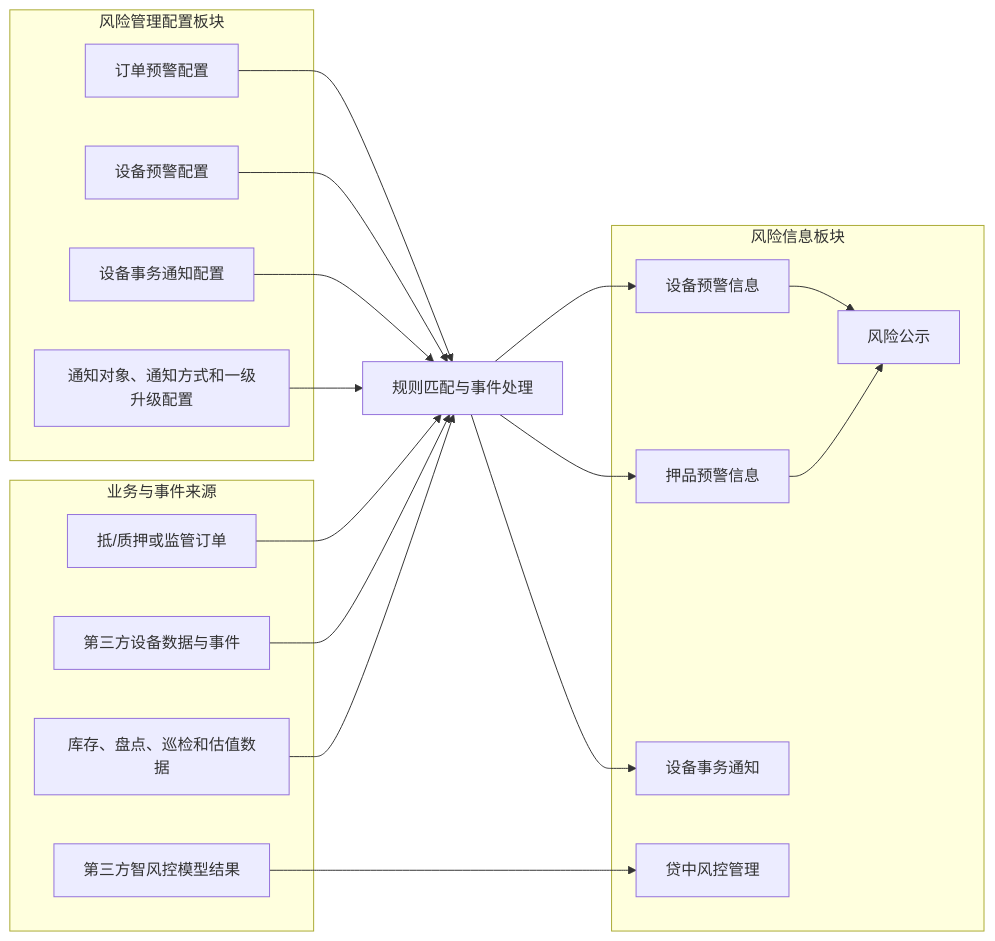
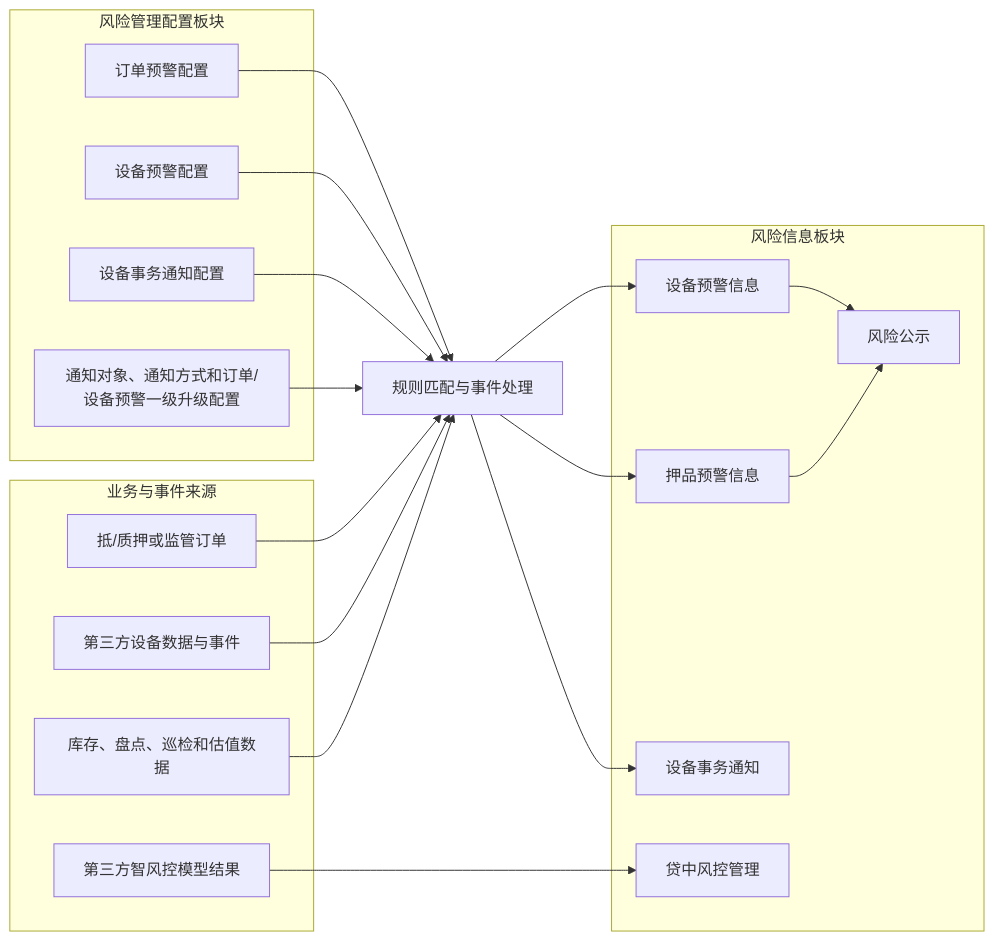
Before and after one commit to RobertHuang999/SYZC: diagram 17 of 22 in 01-项目背景/06-核心业务场景和流程.md, drawn with Mermaid. The commit also changed other lines of this file and 1232 other files, not shown here.

````diff
--- a/01-项目背景/06-核心业务场景和流程.md
+++ b/01-项目背景/06-核心业务场景和流程.md
@@ -784,38 +784,38 @@
 ```mermaid
 flowchart LR
     subgraph CFG[风险管理配置板块]
         C1[订单预警配置]
         C2[设备预警配置]
         C3[设备事务通知配置]
-        C4[通知对象、通知方式和一级升级配置]
+        C4[通知对象、通知方式和订单/设备预警一级升级配置]
     end
 
     subgraph SRC[业务与事件来源]
         S1[抵/质押或监管订单]
         S2[第三方设备数据与事件]
         S3[库存、盘点、巡检和估值数据]
         S4[第三方智风控模型结果]
     end
 
     subgraph INFO[风险信息板块]
         I1[设备预警信息]
         I2[押品预警信息]
         I3[设备事务通知]
         I4[贷中风控管理]
         I5[风险公示]
     end
 
     C1 --> R[规则匹配与事件处理]
     C2 --> R
     C3 --> R
     C4 --> R
     S1 --> R
     S2 --> R
     S3 --> R
     S4 --> I4
     R --> I1
     R --> I2
     R --> I3
     I1 --> I5
     I2 --> I5
 ```
````
